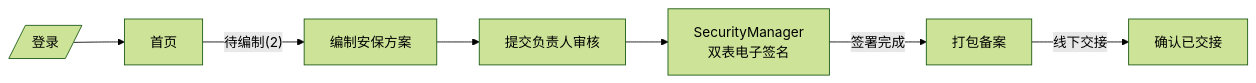
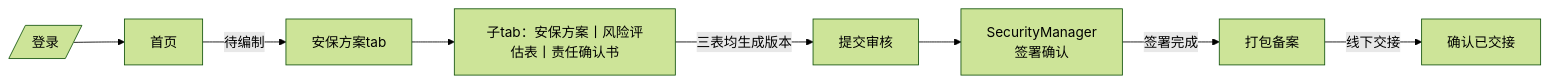
One commit to VasantLong/camis2026 changed the seventh of 8 diagrams in docs/frontend.md. Above: the diagram before and after it, drawn with Mermaid (forest theme). The commit also changed other lines of this file and 7 other files, not shown here.

````diff
--- a/docs/frontend.md
+++ b/docs/frontend.md
@@ -413,9 +413,10 @@
 ```mermaid
 flowchart LR
     Login[/登录/] --> Home[首页]
-    Home --> |"待编制(2)"| Draft[编制安保方案]
-    Draft --> Submit[提交负责人审核]
-    Submit --> Sign[SecurityManager<br/>双表电子签名]
+    Home --> |"待编制"| Draft[安保方案tab]
+    Draft --> SubTabs[子tab：安保方案丨风险评估表丨责任确认书]
+    SubTabs --> |三表均生成版本| Submit[提交审核]
+    Submit --> Sign[SecurityManager<br/>签署确认]
     Sign --> |签署完成| Pack[打包备案]
     Pack --> |线下交接| Handover[确认已交接]
 ```
````
